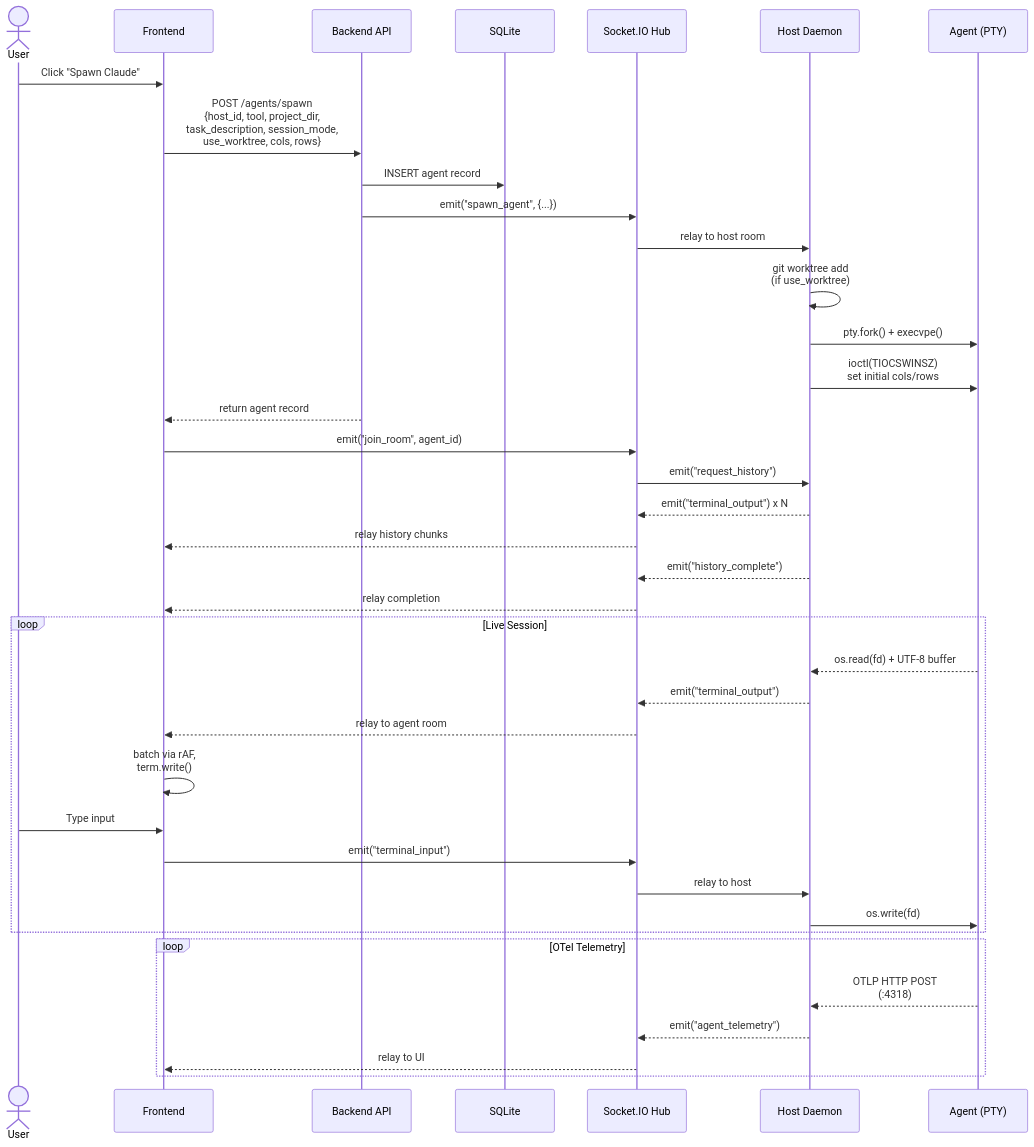
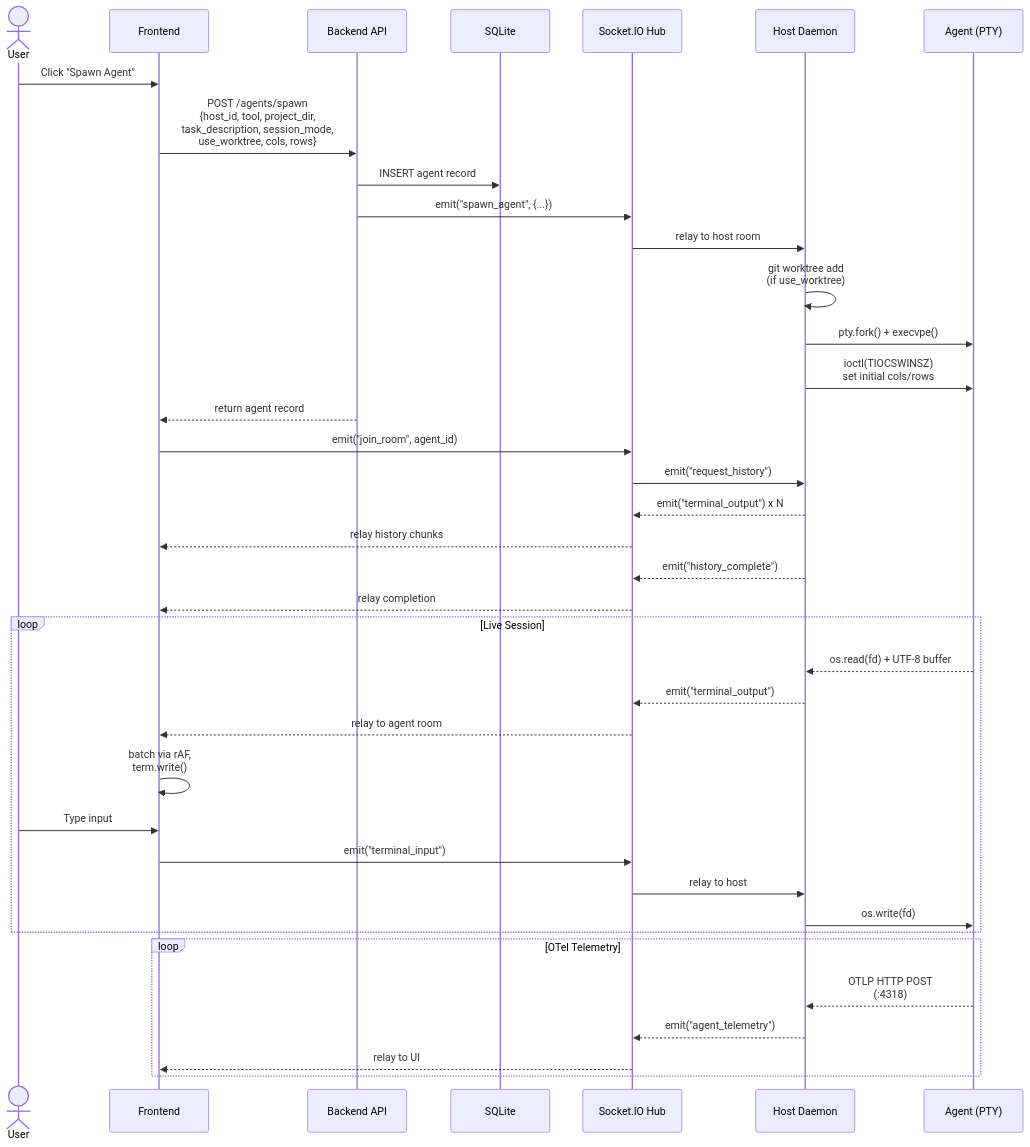
One commit to dustinblack/agent-dashboard changed the second of 3 diagrams in README.md. Above: the diagram before and after it, drawn with Mermaid. The commit also changed other lines of this file, not shown here.

First line of the commit message:
docs: update README for Pi, Antigravity, and tmux architecture (#97)

````diff
--- a/README.md
+++ b/README.md
@@ -338,45 +341,45 @@
 ```mermaid
 sequenceDiagram
     actor User
     participant FE as Frontend
     participant API as Backend API
     participant DB as SQLite
     participant SIO as Socket.IO Hub
     participant HD as Host Daemon
     participant PTY as Agent (PTY)
 
-    User->>FE: Click "Spawn Claude"
+    User->>FE: Click "Spawn Agent"
     FE->>API: POST /agents/spawn<br/>{host_id, tool, project_dir,<br/>task_description, session_mode,<br/>use_worktree, cols, rows}
     API->>DB: INSERT agent record
     API->>SIO: emit("spawn_agent", {...})
     SIO->>HD: relay to host room
 
     HD->>HD: git worktree add<br/>(if use_worktree)
     HD->>PTY: pty.fork() + execvpe()
     HD->>PTY: ioctl(TIOCSWINSZ)<br/>set initial cols/rows
     API-->>FE: return agent record
 
     FE->>SIO: emit("join_room", agent_id)
     SIO->>HD: emit("request_history")
     HD-->>SIO: emit("terminal_output") x N
     SIO-->>FE: relay history chunks
     HD-->>SIO: emit("history_complete")
     SIO-->>FE: relay completion
 
     loop Live Session
         PTY-->>HD: os.read(fd) + UTF-8 buffer
         HD-->>SIO: emit("terminal_output")
         SIO-->>FE: relay to agent room
         FE->>FE: batch via rAF,<br/>term.write()
         User->>FE: Type input
         FE->>SIO: emit("terminal_input")
         SIO->>HD: relay to host
         HD->>PTY: os.write(fd)
     end
 
     loop OTel Telemetry
         PTY-->>HD: OTLP HTTP POST<br/>(:4318)
         HD-->>SIO: emit("agent_telemetry")
         SIO-->>FE: relay to UI
     end
 ```
````
